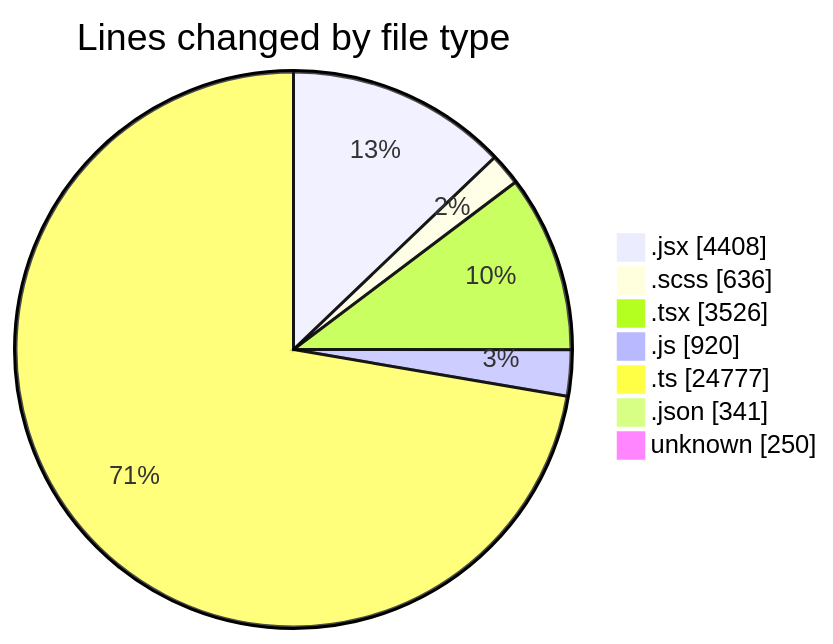
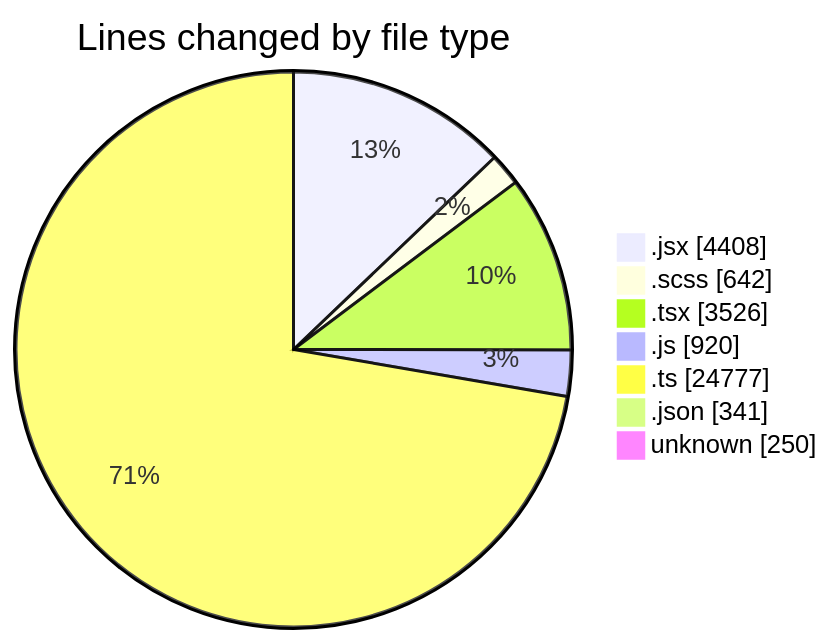
The first of 2 diagrams in 2026-09-02/cda/README.md (momahboobian/code-tracking), drawn with Mermaid before and after one commit. The commit also changed other lines of this file and 1 other file, not shown here.

````diff
--- a/2026-09-02/cda/README.md
+++ b/2026-09-02/cda/README.md
@@ -78,11 +78,11 @@
 ```mermaid
 pie showData
 title Lines changed by file type
 ".jsx" : 4408
-".scss" : 636
+".scss" : 642
 ".tsx" : 3526
 ".js" : 920
 ".ts" : 24777
 ".json" : 341
 "unknown" : 250
 ```
````
